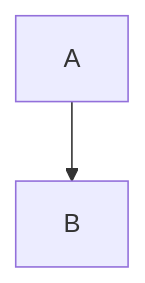
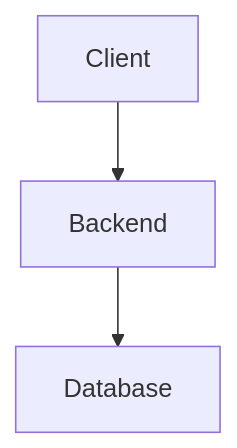
Before and after one commit to georgyfr/salvanuty: the diagram in SalvaNutri-theme/cahier-des-charges-complet.md, drawn with Mermaid. The commit also changed other lines of this file and 1 other file, not shown here.

Commit message:
Add COMPLETE SalvaNutri documentation with all details, tables and Mermaid diagrams - Full versions

````diff
--- a/SalvaNutri-theme/cahier-des-charges-complet.md
+++ b/SalvaNutri-theme/cahier-des-charges-complet.md
@@ -28,4 +73,5 @@
 ```mermaid
 graph TD
-  A --> B
+    A[Client] --> B[Backend]
+    B --> C[Database]
 ```
````
